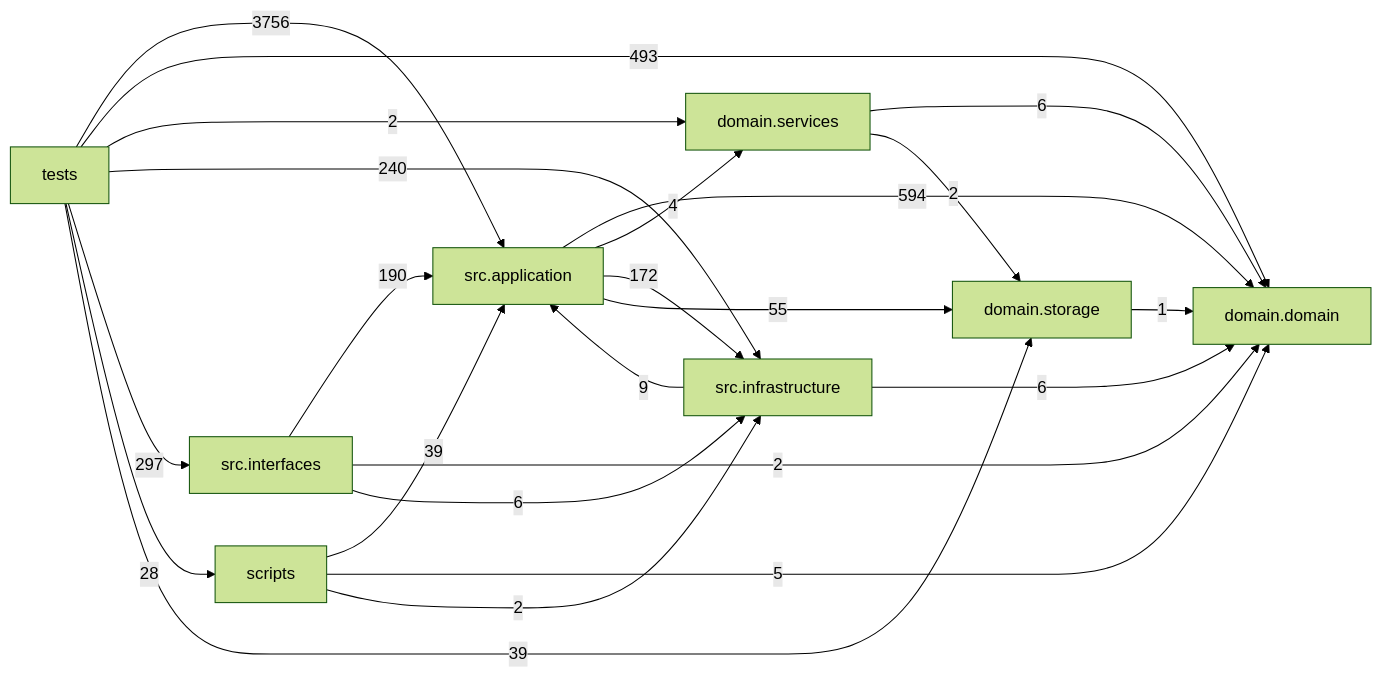
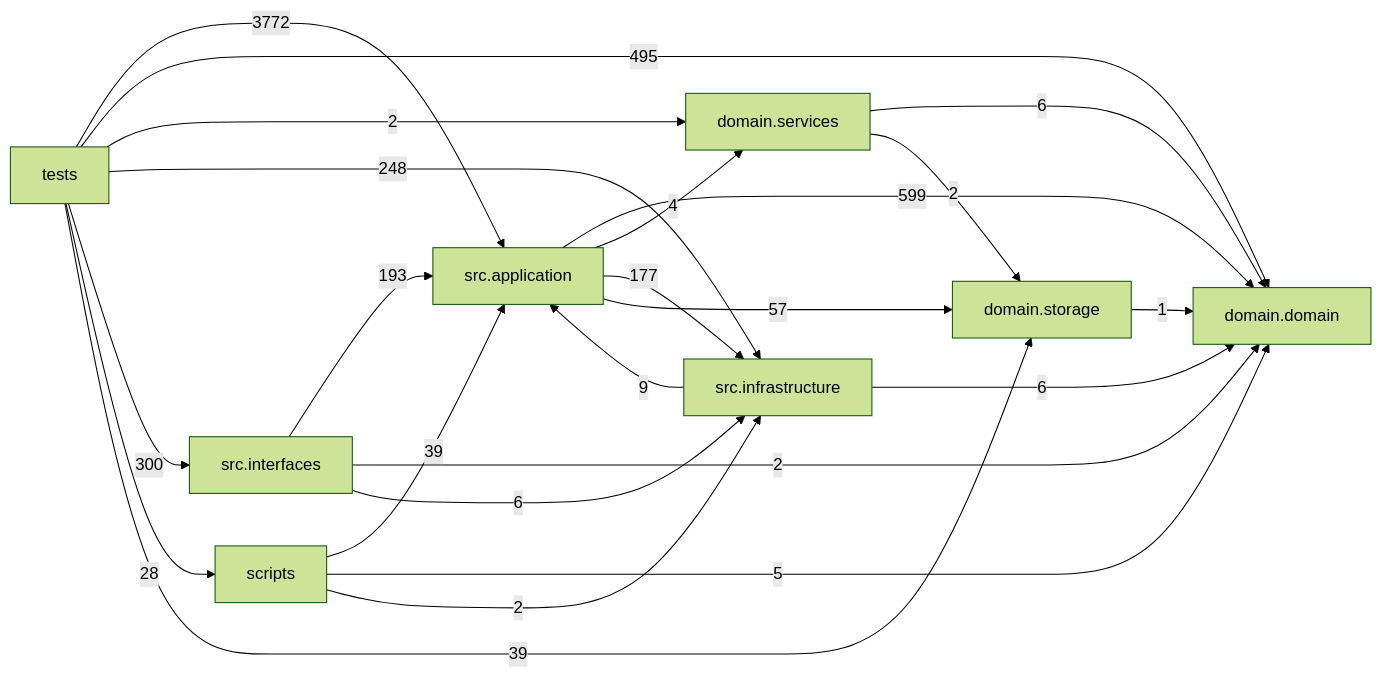
Before and after one commit to liuxie066/options-monitor: the diagram in docs/DEPENDENCY_GRAPH.md, drawn with Mermaid (forest theme). The commit also changed other lines of this file and 19 other files, not shown here.

````diff
--- a/docs/DEPENDENCY_GRAPH.md
+++ b/docs/DEPENDENCY_GRAPH.md
@@ -24,33 +24,33 @@
 ```mermaid
 flowchart LR
   tests["tests"]
   scripts["scripts"]
   interfaces["src.interfaces"]
   application["src.application"]
   infrastructure["src.infrastructure"]
   domain_services["domain.services"]
   domain["domain.domain"]
   storage["domain.storage"]
-  application -->|594| domain
+  application -->|599| domain
   application -->|4| domain_services
-  application -->|172| infrastructure
-  application -->|55| storage
+  application -->|177| infrastructure
+  application -->|57| storage
   domain_services -->|6| domain
   domain_services -->|2| storage
   infrastructure -->|9| application
   infrastructure -->|6| domain
-  interfaces -->|190| application
+  interfaces -->|193| application
   interfaces -->|2| domain
   interfaces -->|6| infrastructure
   scripts -->|39| application
   scripts -->|5| domain
   scripts -->|2| infrastructure
   storage -->|1| domain
-  tests -->|3756| application
-  tests -->|493| domain
+  tests -->|3772| application
+  tests -->|495| domain
   tests -->|2| domain_services
-  tests -->|240| infrastructure
-  tests -->|297| interfaces
+  tests -->|248| infrastructure
+  tests -->|300| interfaces
   tests -->|28| scripts
   tests -->|39| storage
 ```
````
